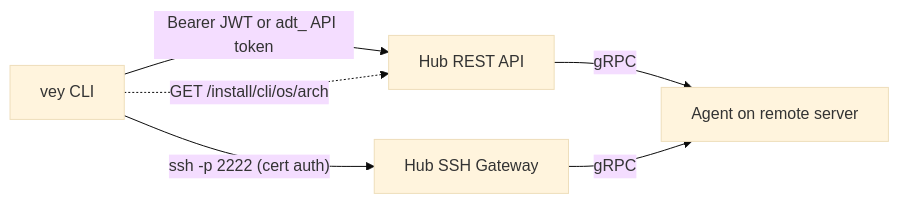
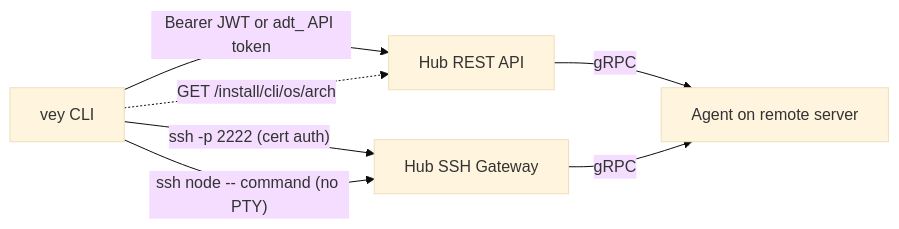
One commit to lorconksu/veyport changed the diagram in docs/diagrams/diagram-cli-5d7a06d9.mmd. Above: the diagram before and after it, drawn with Mermaid (base theme). The commit also changed 528 other files, not shown here.

First line of the commit message:
feat: add SSH command passthrough and optional externally acknowledged auditing (#96)

```diff
--- a/docs/diagrams/diagram-cli-5d7a06d9.mmd
+++ b/docs/diagrams/diagram-cli-5d7a06d9.mmd
@@ -1,6 +1,7 @@
 flowchart LR
     A[vey CLI] -- "Bearer JWT or adt_ API token" --> B[Hub REST API]
     B -- gRPC --> C[Agent on remote server]
     A -. "GET /install/cli/os/arch" .-> B
     A -- "ssh -p 2222 (cert auth)" --> D[Hub SSH Gateway]
+    A -- "ssh node -- command (no PTY)" --> D
     D -- gRPC --> C
```
